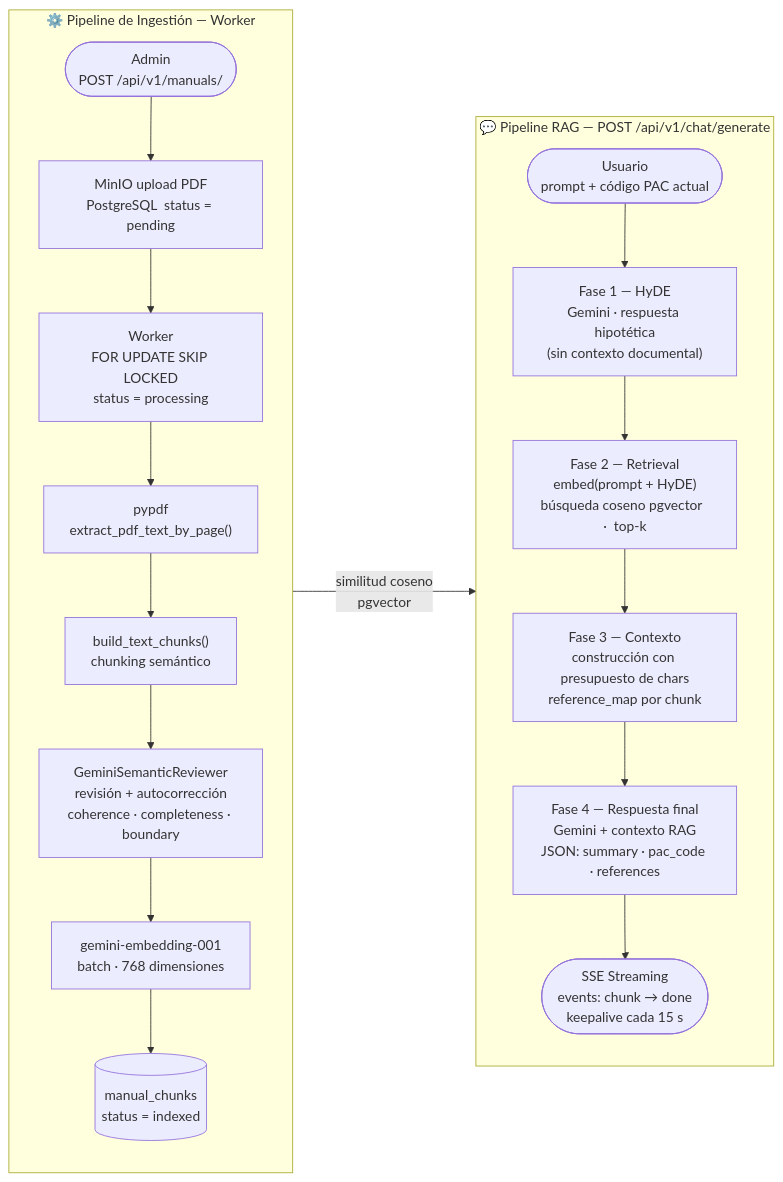
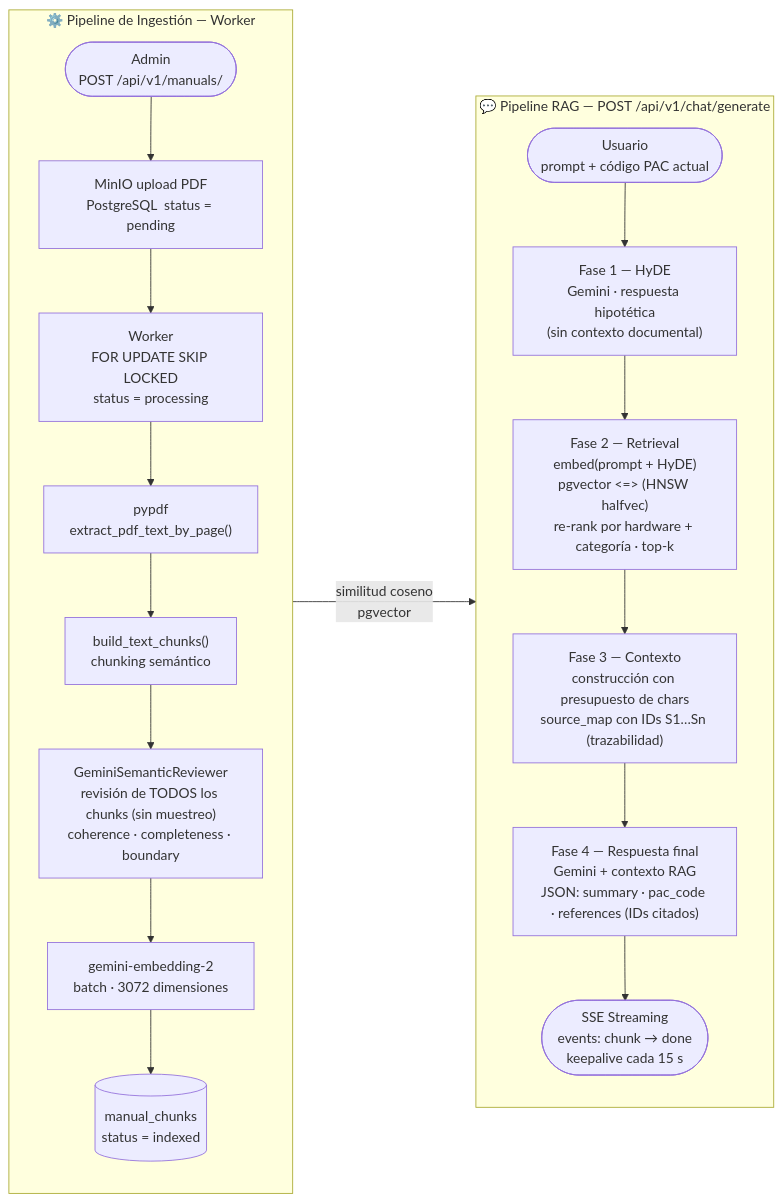
Before and after one commit to soviedos/rc7_programming_assistant: the second of 2 diagrams in README.md, drawn with Mermaid. The commit also changed other lines of this file and 17 other files, not shown here.

First line of the commit message:
docs: full code audit, architecture diagrams, and synced docs/READMEs

````diff
--- a/README.md
+++ b/README.md
@@ -55,30 +59,30 @@
 ```mermaid
 flowchart LR
     subgraph Ingest["⚙️  Pipeline de Ingestión  —  Worker"]
         direction TB
         I1(["Admin\nPOST /api/v1/manuals/"])
         I2["MinIO upload PDF\nPostgreSQL  status = pending"]
         I3["Worker\nFOR UPDATE SKIP LOCKED\nstatus = processing"]
         I4["pypdf\nextract_pdf_text_by_page()"]
         I5["build_text_chunks()\nchunking semántico"]
-        I6["GeminiSemanticReviewer\nrevisión + autocorrección\ncoherence · completeness · boundary"]
-        I7["gemini-embedding-001\nbatch · 768 dimensiones"]
+        I6["GeminiSemanticReviewer\nrevisión de TODOS los chunks (sin muestreo)\ncoherence · completeness · boundary"]
+        I7["gemini-embedding-2\nbatch · 3072 dimensiones"]
         I8[("manual_chunks\nstatus = indexed")]
 
         I1 --> I2 --> I3 --> I4 --> I5 --> I6 --> I7 --> I8
     end
 
     subgraph RAG["💬  Pipeline RAG  —  POST /api/v1/chat/generate"]
         direction TB
         R1(["Usuario\nprompt + código PAC actual"])
         R2["Fase 1 — HyDE\nGemini · respuesta hipotética\n(sin contexto documental)"]
-        R3["Fase 2 — Retrieval\nembed(prompt + HyDE)\nbúsqueda coseno pgvector  ·  top-k"]
-        R4["Fase 3 — Contexto\nconstrucción con presupuesto de chars\nreference_map por chunk"]
-        R5["Fase 4 — Respuesta final\nGemini + contexto RAG\nJSON: summary · pac_code · references"]
+        R3["Fase 2 — Retrieval\nembed(prompt + HyDE)\npgvector &lt;=&gt; (HNSW halfvec)\nre-rank por hardware + categoría · top-k"]
+        R4["Fase 3 — Contexto\nconstrucción con presupuesto de chars\nsource_map con IDs S1…Sn (trazabilidad)"]
+        R5["Fase 4 — Respuesta final\nGemini + contexto RAG\nJSON: summary · pac_code · references (IDs citados)"]
         R6(["SSE Streaming\nevents: chunk → done\nkeepalive cada 15 s"])
 
         R1 --> R2 --> R3 --> R4 --> R5 --> R6
     end
 
     I8 --->|"similitud coseno\npgvector"| R3
 ```
````
